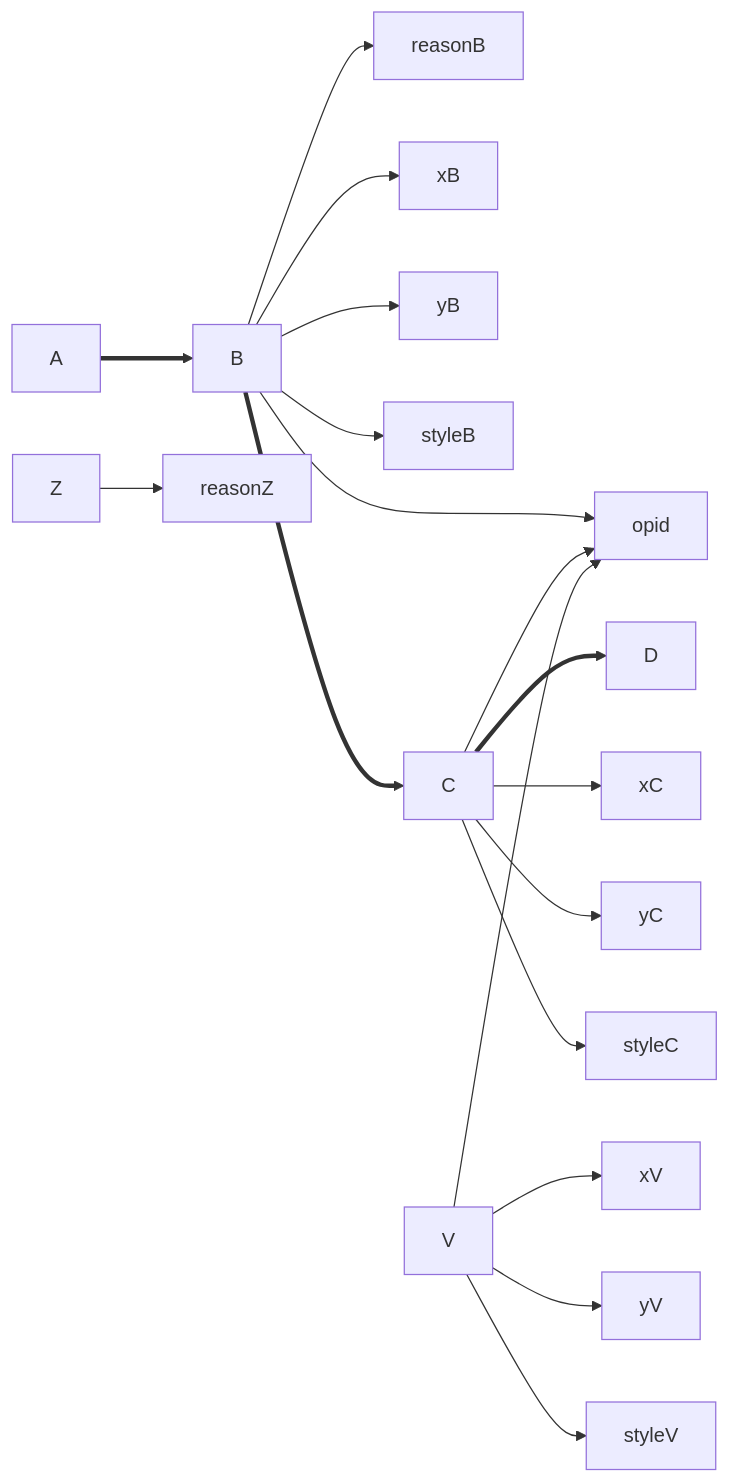
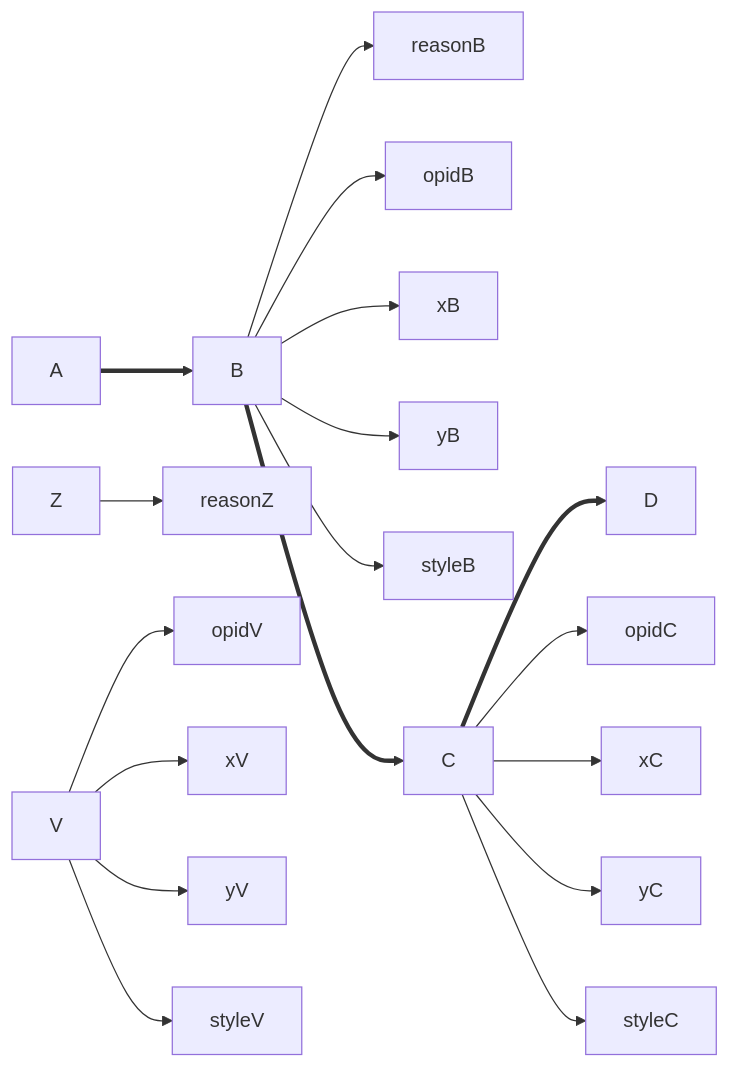
One commit to vedph/gve-doc changed the second of 2 diagrams in dev/api.md. Above: the diagram before and after it, drawn with Mermaid. The commit also changed 1 other file, not shown here.

````diff
--- a/dev/api.md
+++ b/dev/api.md
@@ -174,21 +174,21 @@
 ```mermaid
 graph LR;
 
 A ==> B
 B --> reasonB
-B --> opid
+B --> opidB
 B --> xB
 B --> yB
 B --> styleB
 B ==> C
 Z --> reasonZ
 C ==> D
-C --> opid
+C --> opidC
 C --> xC
 C --> yC
 C --> styleC
-V --> opid
+V --> opidV
 V --> xV
 V --> yV
 V --> styleV
 ```
````
